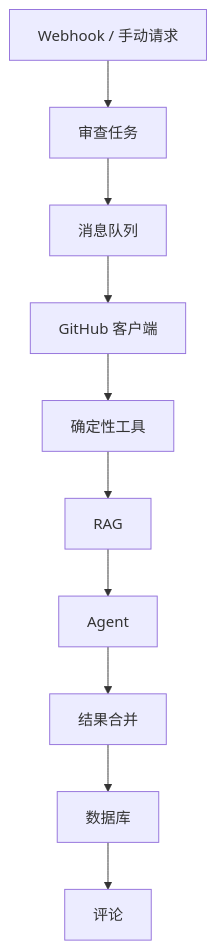
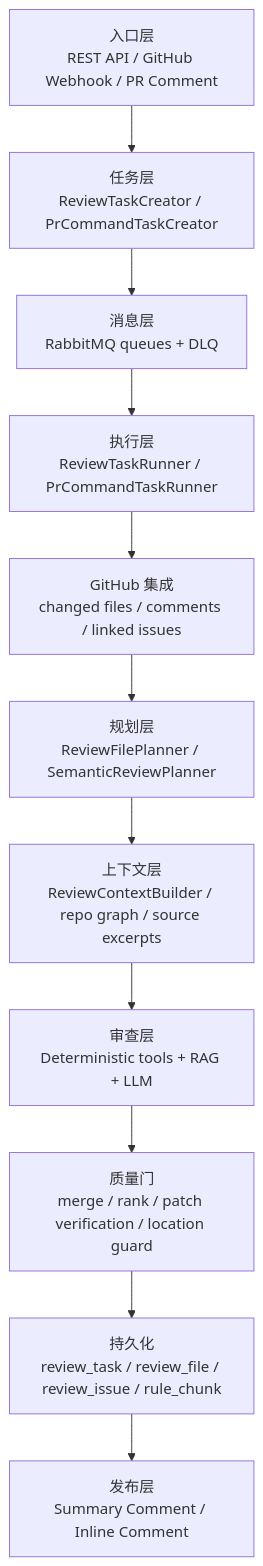
Before and after one commit to liche719/codeAireview: the first of 2 diagrams in docs/architecture.md, drawn with Mermaid. The commit also changed other lines of this file and 9 other files, not shown here.

Commit message:
Document CodePilot runtime evidence and smoke flow

````diff
--- a/docs/architecture.md
+++ b/docs/architecture.md
@@ -43,12 +7,13 @@
 ```mermaid
 flowchart TD
-    A["Webhook / 手动请求"] --> B["审查任务"]
-    B --> C["消息队列"]
-    C --> D["GitHub 客户端"]
-    D --> E["确定性工具"]
-    E --> F["RAG"]
-    F --> G["Agent"]
-    G --> H["结果合并"]
-    H --> I["数据库"]
-    I --> J["评论"]
+    A["入口层<br/>REST API / GitHub Webhook / PR Comment"] --> B["任务层<br/>ReviewTaskCreator / PrCommandTaskCreator"]
+    B --> C["消息层<br/>RabbitMQ queues + DLQ"]
+    C --> D["执行层<br/>ReviewTaskRunner / PrCommandTaskRunner"]
+    D --> E["GitHub 集成<br/>changed files / comments / linked issues"]
+    E --> F["规划层<br/>ReviewFilePlanner / SemanticReviewPlanner"]
+    F --> G["上下文层<br/>ReviewContextBuilder / repo graph / source excerpts"]
+    G --> H["审查层<br/>Deterministic tools + RAG + LLM"]
+    H --> I["质量门<br/>merge / rank / patch verification / location guard"]
+    I --> J["持久化<br/>review_task / review_file / review_issue / rule_chunk"]
+    J --> K["发布层<br/>Summary Comment / Inline Comment"]
 ```
````
